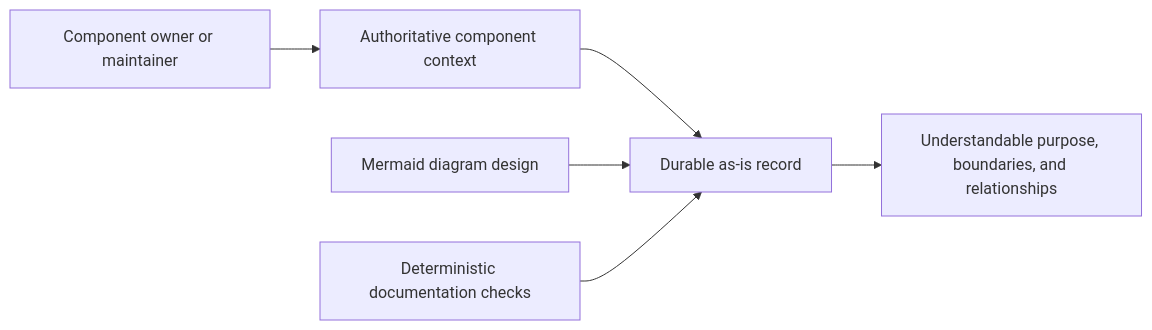
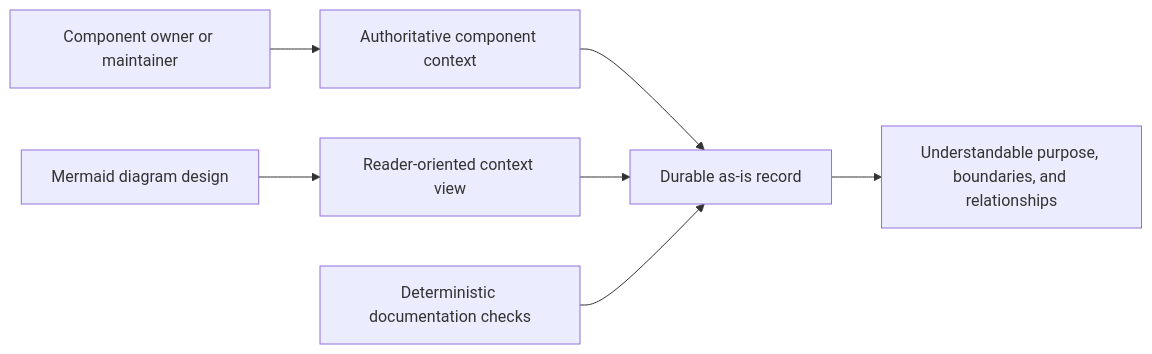
The diagram in skills/managing-as-is-document/as-is.md (abstract-business-systems/as-is), drawn with Mermaid before and after one commit. The commit also changed other lines of this file and 3 other files, not shown here.

Commit message:
docs(as-is): define diagram communication guidance

````diff
--- a/skills/managing-as-is-document/as-is.md
+++ b/skills/managing-as-is-document/as-is.md
@@ -16,8 +21,9 @@
 ```mermaid
 flowchart LR
     AUTHOR[Component owner or maintainer] --> CONTEXT[Authoritative component context]
     CONTEXT --> RECORD[Durable as-is record]
-    DIAGRAM[Mermaid diagram design] --> RECORD
+    DIAGRAM[Mermaid diagram design] --> VIEW[Reader-oriented context view]
+    VIEW --> RECORD
     RECORD --> READER[Understandable purpose, boundaries, and relationships]
     CHECKS[Deterministic documentation checks] --> RECORD
 ```
````
